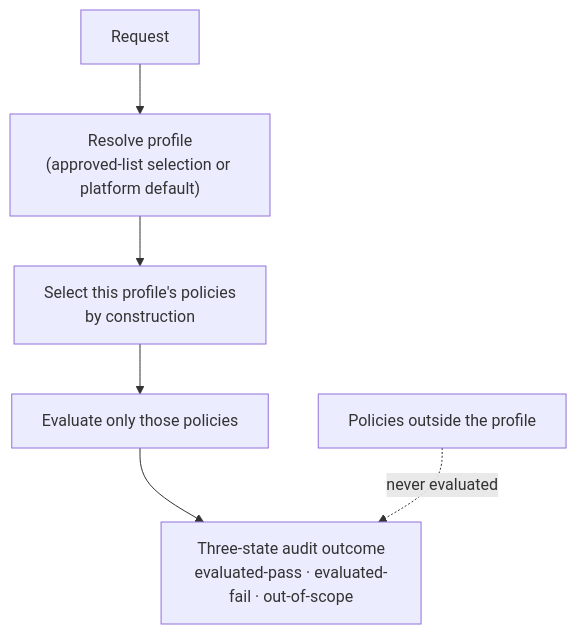
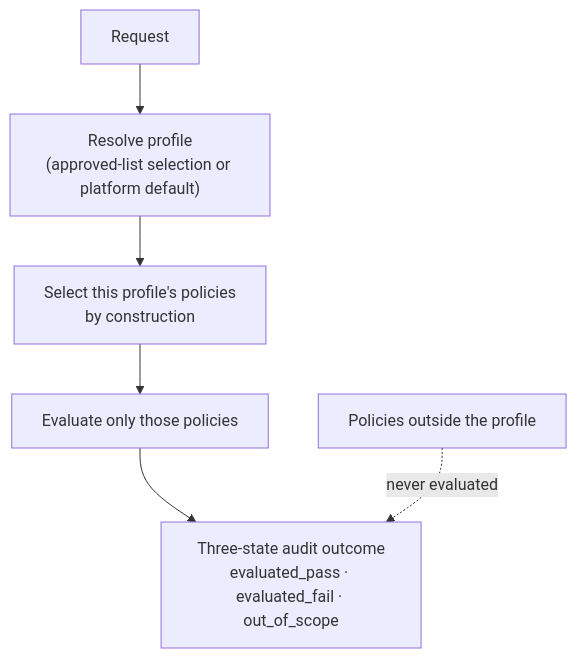
The diagram in docs/flows/uc-19-policy-resolution-capability.md (croadfeldt/udlm), drawn with Mermaid before and after one commit. The commit also changed other lines of this file and 22 other files, not shown here.

````diff
--- a/docs/flows/uc-19-policy-resolution-capability.md
+++ b/docs/flows/uc-19-policy-resolution-capability.md
@@ -29,8 +29,8 @@
 ```mermaid
 flowchart TD
   R["Request"] --> RP["Resolve profile<br/>(approved-list selection or platform default)"]
   RP --> SEL["Select this profile's policies<br/>by construction"]
   SEL --> EV["Evaluate only those policies"]
-  EV --> O["Three-state audit outcome<br/>evaluated-pass · evaluated-fail · out-of-scope"]
+  EV --> O["Three-state audit outcome<br/>evaluated_pass · evaluated_fail · out_of_scope"]
   OUT["Policies outside the profile"] -.->|never evaluated| O
 ```
````
